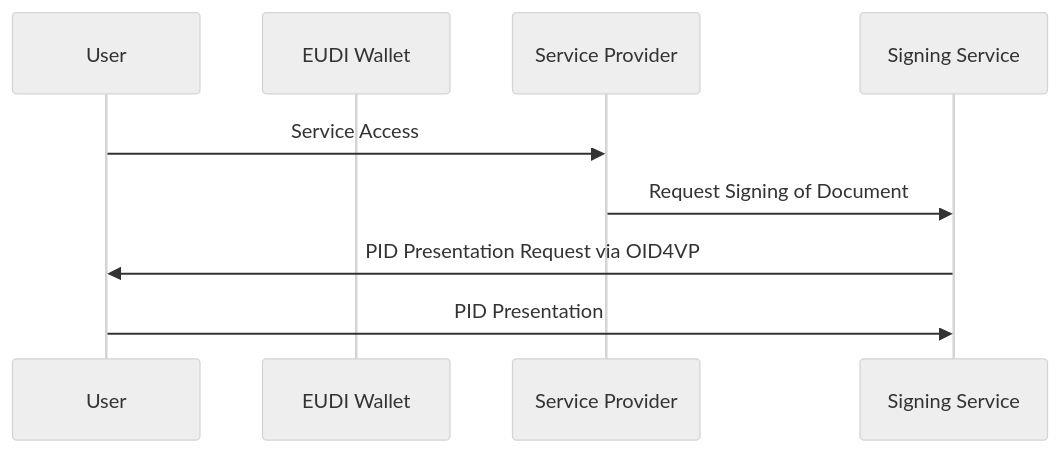
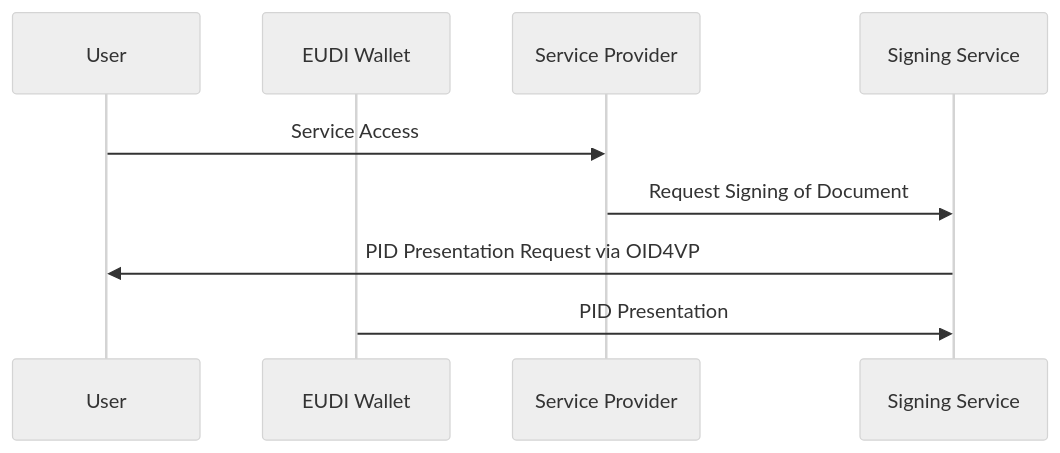
Before and after one commit to EWC-consortium/eudi-wallet-rfcs: the first of 5 diagrams in ewc-rfc010-long-term-certifice-qes-creation.md, drawn with Mermaid (neutral theme). The commit also changed other lines of this file, not shown here.

````diff
--- a/ewc-rfc010-long-term-certifice-qes-creation.md
+++ b/ewc-rfc010-long-term-certifice-qes-creation.md
@@ -107,12 +49,12 @@
 ```mermaid
    sequenceDiagram
   participant User
   participant EUDI Wallet
   participant Service Provider
   participant Signing Service
 
   User->>Service Provider: Service Access
   Service Provider->>Signing Service: Request Signing of Document
   Signing Service->>User: PID Presentation Request via OID4VP
-  User->>Signing Service: PID Presentation
+  EUDI Wallet->>Signing Service: PID Presentation
 ```
````
